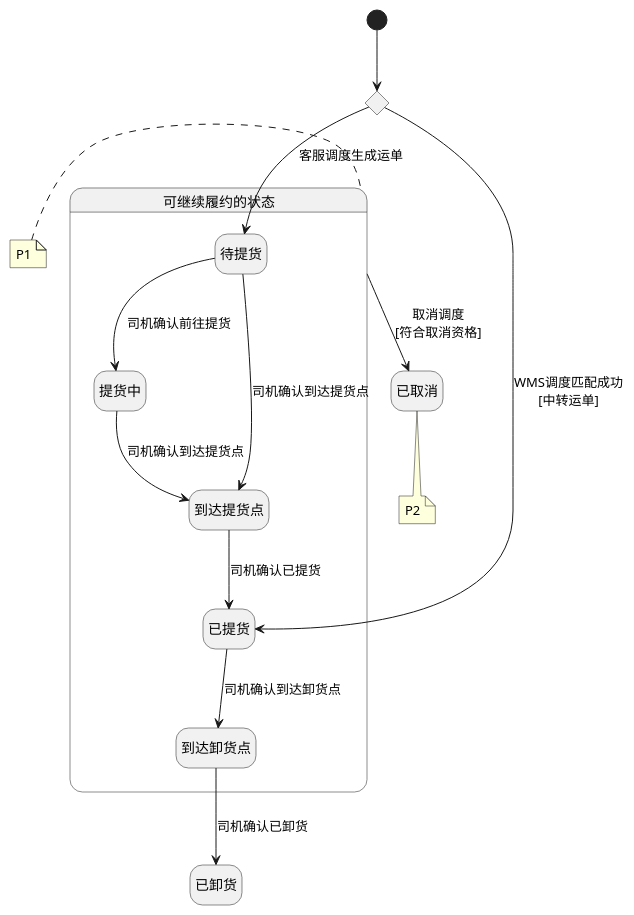
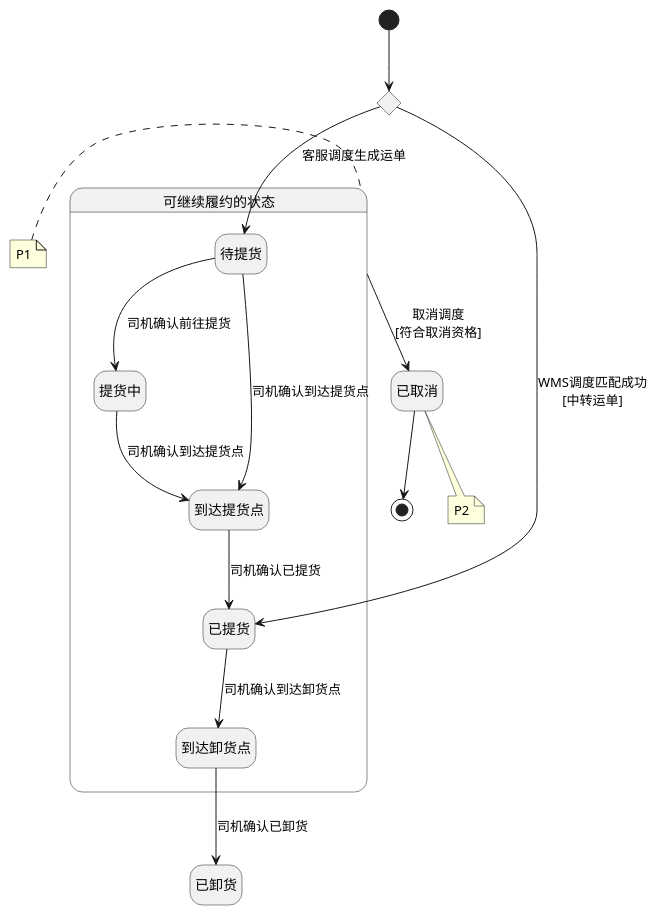
Before and after one commit to jack888332/projects-doc: the sixth of 7 diagrams in product-caliber/goldjet/segmented-prd/PRD.高捷物流系统一期.第016篇.用车-运单管理.20AA542560.md, drawn with PlantUML. The commit also changed other lines of this file and 5 other files, not shown here.

Commit message:
优化示意图

````diff
--- a/product-caliber/goldjet/segmented-prd/PRD.高捷物流系统一期.第016篇.用车-运单管理.20AA542560.md
+++ b/product-caliber/goldjet/segmented-prd/PRD.高捷物流系统一期.第016篇.用车-运单管理.20AA542560.md
@@ -279,29 +278,30 @@
 ```plantuml
 @startuml goldjet-016-state-fulfillment
 hide empty description
 state "可继续履约的状态" as Active {
   state "待提货" as Waiting
   state "提货中" as Picking
   state "到达提货点" as PickupArrived
   state "已提货" as Picked
   state "到达卸货点" as DeliveryArrived
 
   Waiting --> Picking : 司机确认前往提货
   Waiting --> PickupArrived : 司机确认到达提货点
   Picking --> PickupArrived : 司机确认到达提货点
   PickupArrived --> Picked : 司机确认已提货
   Picked --> DeliveryArrived : 司机确认到达卸货点
 }
 state "已卸货" as Unloaded
 state "已取消" as Cancelled
 state Initial <<choice>>
 
 [*] --> Initial
 Initial --> Waiting : 客服调度生成运单
 Initial --> Picked : WMS调度匹配成功\n[中转运单]
 DeliveryArrived --> Unloaded : 司机确认已卸货
 Active --> Cancelled : 取消调度\n[符合取消资格]
+Cancelled --> [*]
 note left of Active : P1
 note bottom of Cancelled : P2
 @enduml
 ```
````
